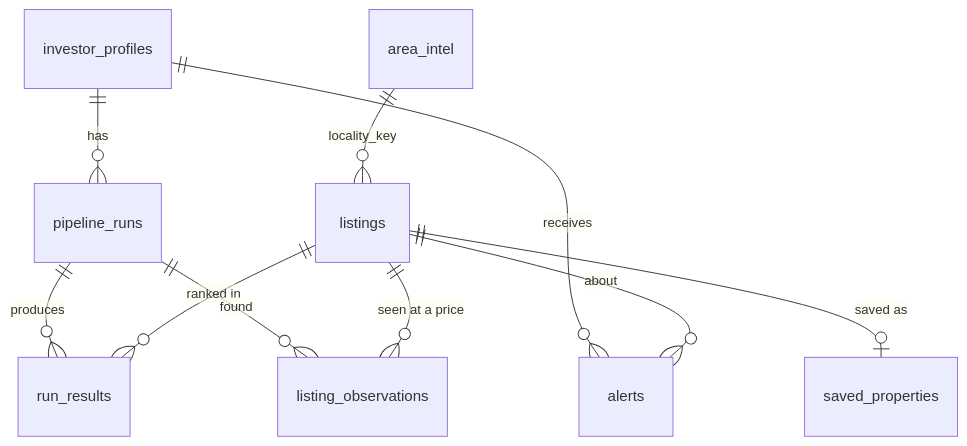
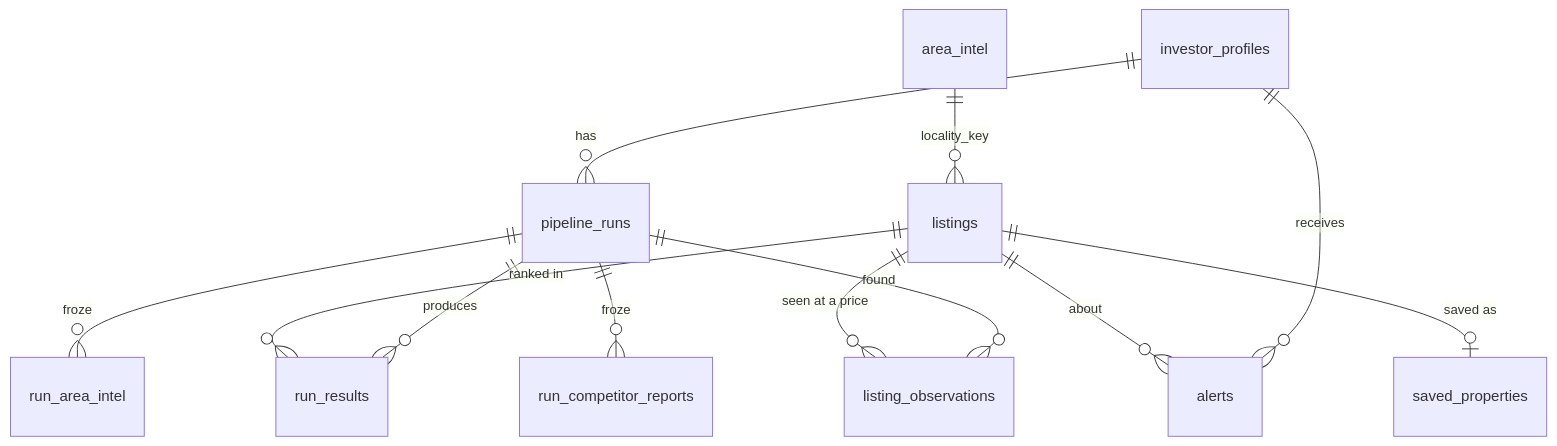
Before and after one commit to mrinesh/SerpAPI_Hack: the diagram in docs/DATA_MODEL.md, drawn with Mermaid. The commit also changed other lines of this file and 9 other files, not shown here.

````diff
--- a/docs/DATA_MODEL.md
+++ b/docs/DATA_MODEL.md
@@ -80,12 +80,14 @@
 ```mermaid
 erDiagram
     investor_profiles ||--o{ pipeline_runs : "has"
     investor_profiles ||--o{ alerts : "receives"
     pipeline_runs ||--o{ run_results : "produces"
     listings ||--o{ run_results : "ranked in"
     pipeline_runs ||--o{ listing_observations : "found"
+    pipeline_runs ||--o{ run_area_intel : "froze"
+    pipeline_runs ||--o{ run_competitor_reports : "froze"
     listings ||--o{ listing_observations : "seen at a price"
     listings ||--o| saved_properties : "saved as"
     listings ||--o{ alerts : "about"
     area_intel ||--o{ listings : "locality_key"
 ```
````
